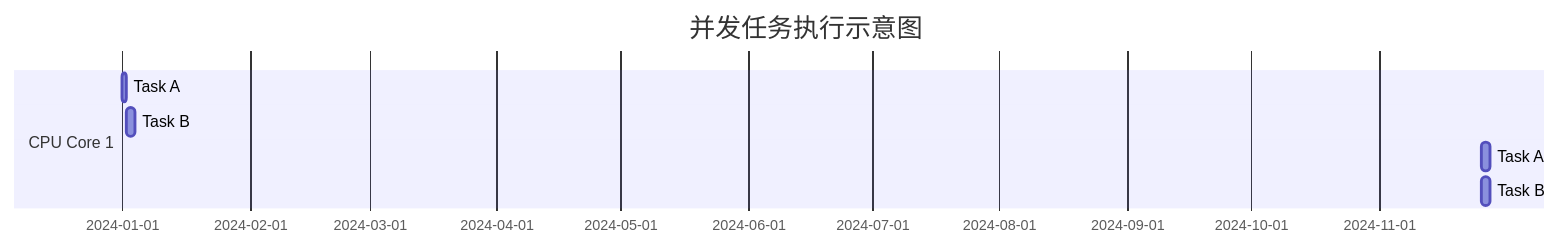
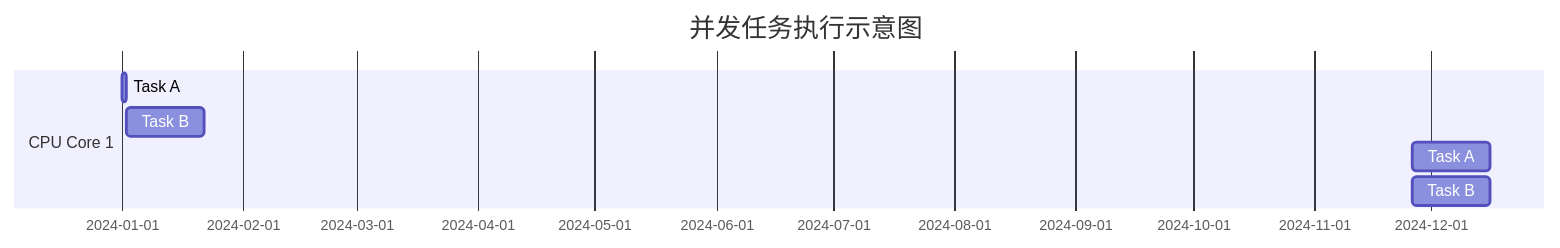
Before and after one commit to uwspstar/20-Day-Challenge-List: the first of 3 diagrams in System Design/并发 vs 并行.md, drawn with Mermaid.

Commit message:
Update 并发 vs 并行.md

````diff
--- a/System Design/并发 vs 并行.md
+++ b/System Design/并发 vs 并行.md
@@ -40,11 +40,11 @@
 ```mermaid
 gantt
     title 并发任务执行示意图
     dateFormat  YYYY-MM-DD
     section CPU Core 1
     Task A           :a1, 2024-01-01, 1d
-    Task B           :after a1, 2d
-    Task A           :after a2, 2d
-    Task B           :after a3, 2d
+    Task B           :after a1, 20d
+    Task A           :after a2, 20d
+    Task B           :after a3, 20d
 
 ```
````
